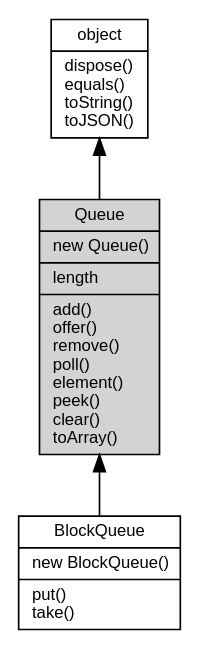
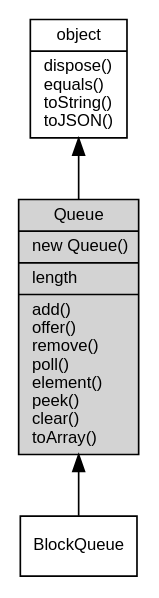
Before and after one commit to fibjs/fibjs.org: the diagram in docs/manual/object/ifs/Queue.md, drawn with Graphviz. The commit also changed 289 other files, not shown here.

````diff
--- a/docs/manual/object/ifs/Queue.md
+++ b/docs/manual/object/ifs/Queue.md
@@ -12,12 +12,12 @@
 ```dot
 digraph {
     node [fontname="Helvetica,sans-Serif", fontsize=10, shape="record", style="filled", fillcolor="white"];
 
     object [tooltip="object", URL="object.md", label="{object|dispose()\lequals()\ltoString()\ltoJSON()\l}"];
-    Queue [tooltip="Queue", fillcolor="lightgray", label="{Queue|new Queue()\l|length\l|add()\loffer()\lremove()\lpoll()\lelement()\lpeek()\lclear()\ltoArray()\l}"];
-    BlockQueue [tooltip="BlockQueue", URL="BlockQueue.md", label="{BlockQueue|new BlockQueue()\l|put()\ltake()\l}"];
+    Queue [tooltip="Queue", fillcolor="lightgray", id="me", label="{Queue|new Queue()\l|length\l|add()\loffer()\lremove()\lpoll()\lelement()\lpeek()\lclear()\ltoArray()\l}"];
+    BlockQueue [tooltip="BlockQueue", URL="BlockQueue.md", label="{BlockQueue}"];
 
     object -> Queue [dir=back];
     Queue -> BlockQueue [dir=back];
 }
 ```
````
